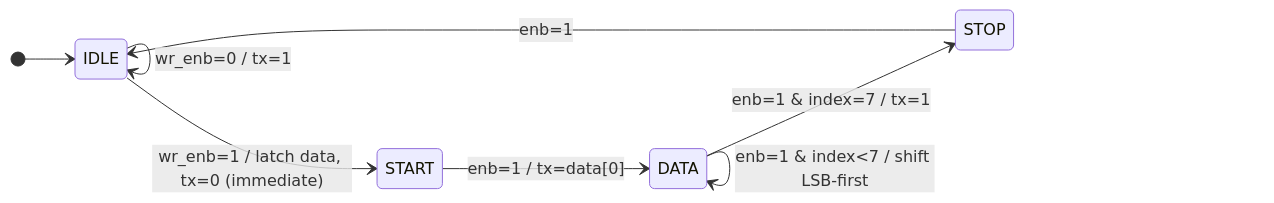
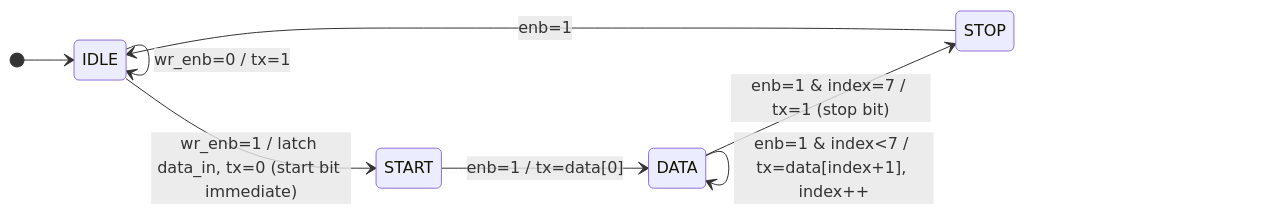
The first of 2 diagrams in README.md (ChallagollaSriPranathi/UART_Protocol), drawn with Mermaid before and after one commit. The commit also changed other lines of this file, not shown here.

````diff
--- a/README.md
+++ b/README.md
@@ -92,11 +94,11 @@
 ```mermaid
 stateDiagram-v2
     direction LR
     [*] --> IDLE
     IDLE --> IDLE : wr_enb=0 / tx=1
-    IDLE --> START : wr_enb=1 / latch data, tx=0 (immediate)
+    IDLE --> START : wr_enb=1 / latch data_in, tx=0 (start bit immediate)
     START --> DATA : enb=1 / tx=data[0]
-    DATA --> DATA : enb=1 & index<7 / shift LSB-first
-    DATA --> STOP : enb=1 & index=7 / tx=1
+    DATA --> DATA : enb=1 & index<7 / tx=data[index+1], index++
+    DATA --> STOP : enb=1 & index=7 / tx=1 (stop bit)
     STOP --> IDLE : enb=1
 ```
````
